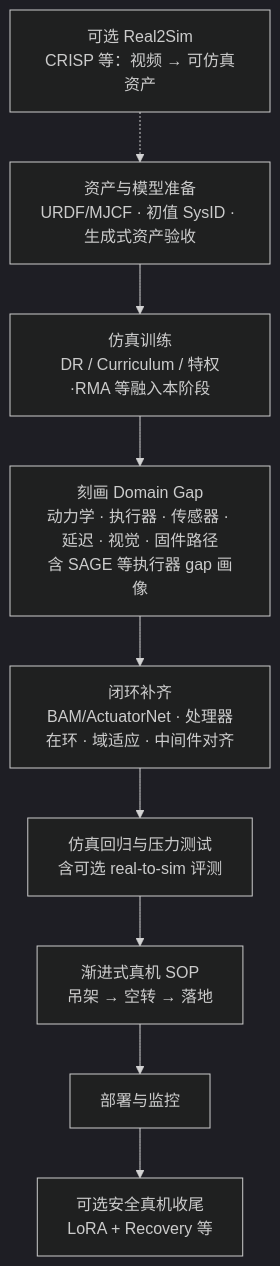
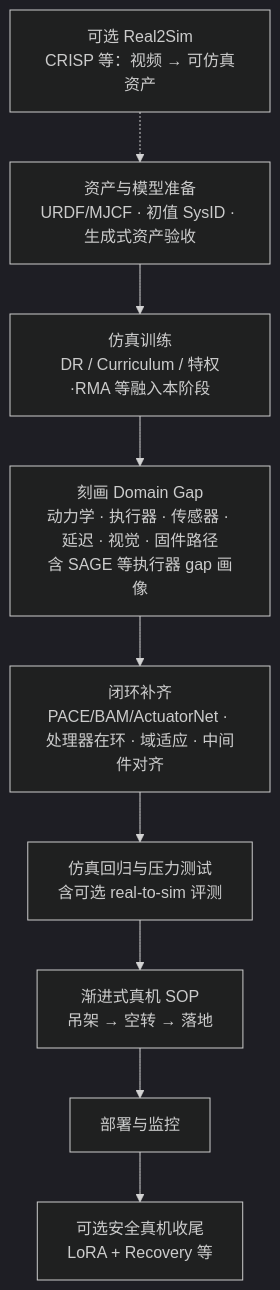
One commit to ImChong/Robotics_Notebooks changed the diagram in wiki/concepts/sim2real.md. Above: the diagram before and after it, drawn with Mermaid (dark theme). The commit also changed other lines of this file and 21 other files, not shown here.

````diff
--- a/wiki/concepts/sim2real.md
+++ b/wiki/concepts/sim2real.md
@@ -73,15 +74,15 @@
 ```mermaid
 flowchart TD
   R[可选 Real2Sim<br/>CRISP 等：视频 → 可仿真资产]
   A[资产与模型准备<br/>URDF/MJCF · 初值 SysID · 生成式资产验收]
   T[仿真训练<br/>DR / Curriculum / 特权·RMA 等融入本阶段]
   G[刻画 Domain Gap<br/>动力学 · 执行器 · 传感器 · 延迟 · 视觉 · 固件路径<br/>含 SAGE 等执行器 gap 画像]
-  M[闭环补齐<br/>BAM/ActuatorNet · 处理器在环 · 域适应 · 中间件对齐]
+  M[闭环补齐<br/>PACE/BAM/ActuatorNet · 处理器在环 · 域适应 · 中间件对齐]
   P[仿真回归与压力测试<br/>含可选 real-to-sim 评测]
   V[渐进式真机 SOP<br/>吊架 → 空转 → 落地]
   D[部署与监控]
   O[可选安全真机收尾<br/>LoRA + Recovery 等]
 
   R -.-> A
   A --> T --> G --> M --> P --> V --> D --> O
 ```
````
